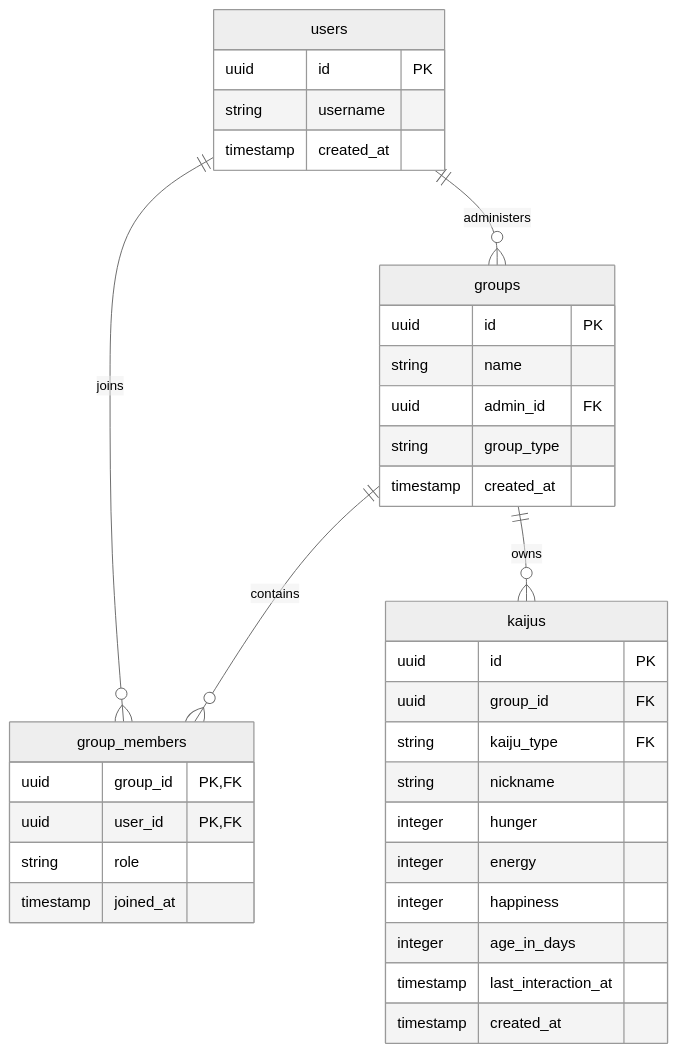
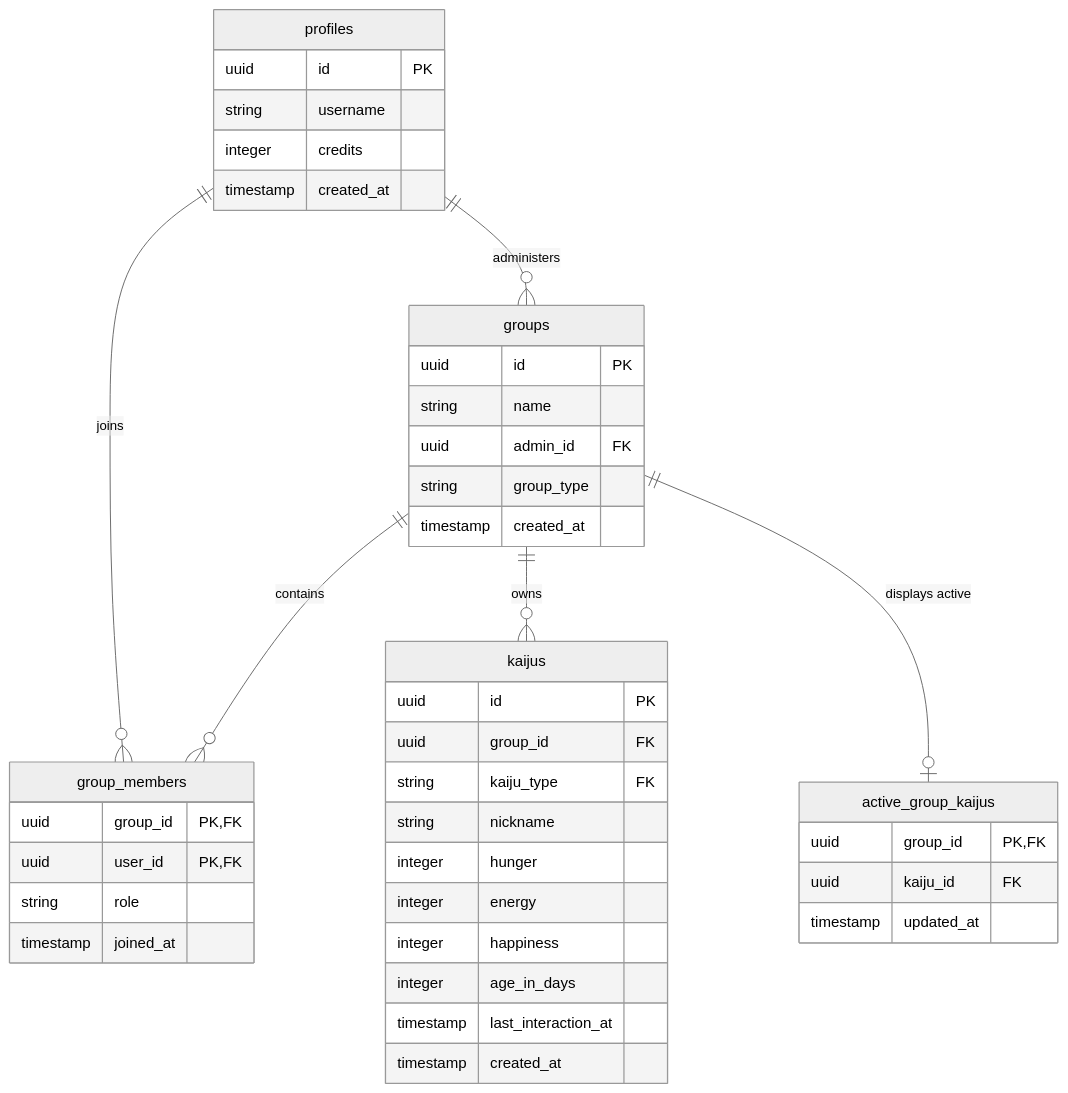
Before and after one commit to TheMrCorvy/HATCH.REF: the first of 3 diagrams in Documentation/Multiplayer/01-shared-kaiju-care-architecture.md, drawn with Mermaid (neutral theme). The commit also changed other lines of this file and 55 other files, not shown here.

````diff
--- a/Documentation/Multiplayer/01-shared-kaiju-care-architecture.md
+++ b/Documentation/Multiplayer/01-shared-kaiju-care-architecture.md
@@ -57,38 +62,45 @@
 ```mermaid
 erDiagram
-    users {
+    profiles {
         uuid id PK
         string username
+        integer credits
         timestamp created_at
     }
     groups {
         uuid id PK
         string name
         uuid admin_id FK
         string group_type
         timestamp created_at
     }
     group_members {
         uuid group_id PK, FK
         uuid user_id PK, FK
         string role
         timestamp joined_at
     }
+    active_group_kaijus {
+        uuid group_id PK, FK
+        uuid kaiju_id FK
+        timestamp updated_at
+    }
     kaijus {
         uuid id PK
         uuid group_id FK
         string kaiju_type FK
         string nickname
         integer hunger
         integer energy
         integer happiness
         integer age_in_days
         timestamp last_interaction_at
         timestamp created_at
     }
     
-    users ||--o{ group_members : "joins"
+    profiles ||--o{ group_members : "joins"
     groups ||--o{ group_members : "contains"
     groups ||--o{ kaijus : "owns"
-    users ||--o{ groups : "administers"
+    groups ||--o| active_group_kaijus : "displays active"
+    profiles ||--o{ groups : "administers"
 ```
````
